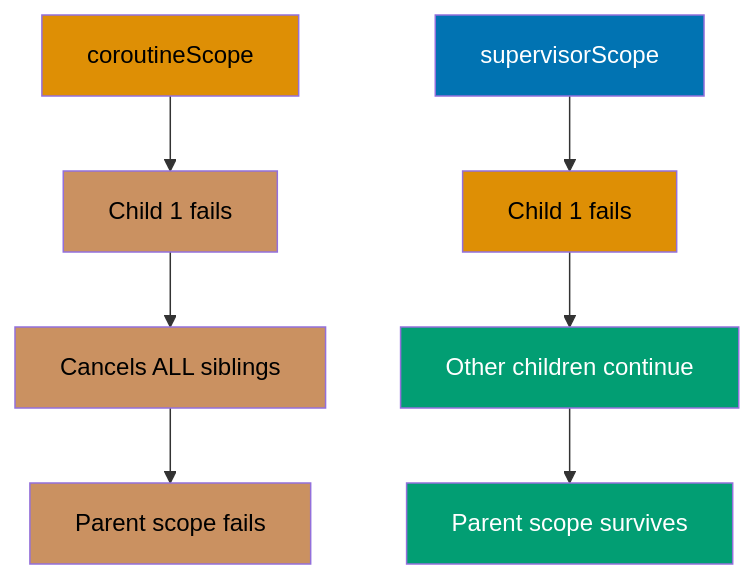
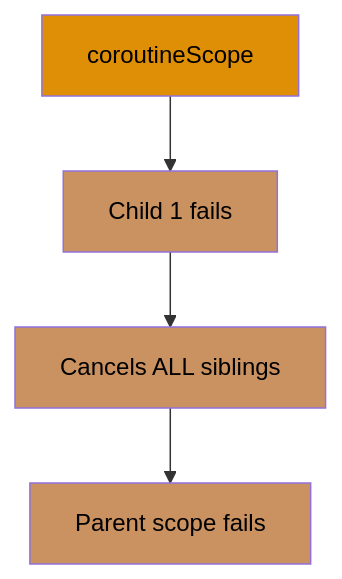
The first of 22 diagrams in apps/ayokoding-web/content/en/learn/software-engineering/programming-languages/kotlin/tutorials/by-example/advanced.md (wahidyankf/open-sharia-enterprise), drawn with Mermaid before and after one commit. The commit also changed other lines of this file and 10 other files, not shown here.

````diff
--- a/apps/ayokoding-web/content/en/learn/software-engineering/programming-languages/kotlin/tutorials/by-example/advanced.md
+++ b/apps/ayokoding-web/content/en/learn/software-engineering/programming-languages/kotlin/tutorials/by-example/advanced.md
@@ -16,20 +18,11 @@
 ```mermaid
-%% Coroutine failure propagation comparison
 graph TD
     A[coroutineScope] --> B[Child 1 fails]
     B --> C[Cancels ALL siblings]
     C --> D[Parent scope fails]
 
-    E[supervisorScope] --> F[Child 1 fails]
-    F --> G[Other children continue]
-    G --> H[Parent scope survives]
-
     style A fill:#DE8F05,color:#000
     style B fill:#CA9161,color:#000
     style C fill:#CA9161,color:#000
     style D fill:#CA9161,color:#000
-    style E fill:#0173B2,color:#fff
-    style F fill:#DE8F05,color:#000
-    style G fill:#029E73,color:#fff
-    style H fill:#029E73,color:#fff
 ```
````
